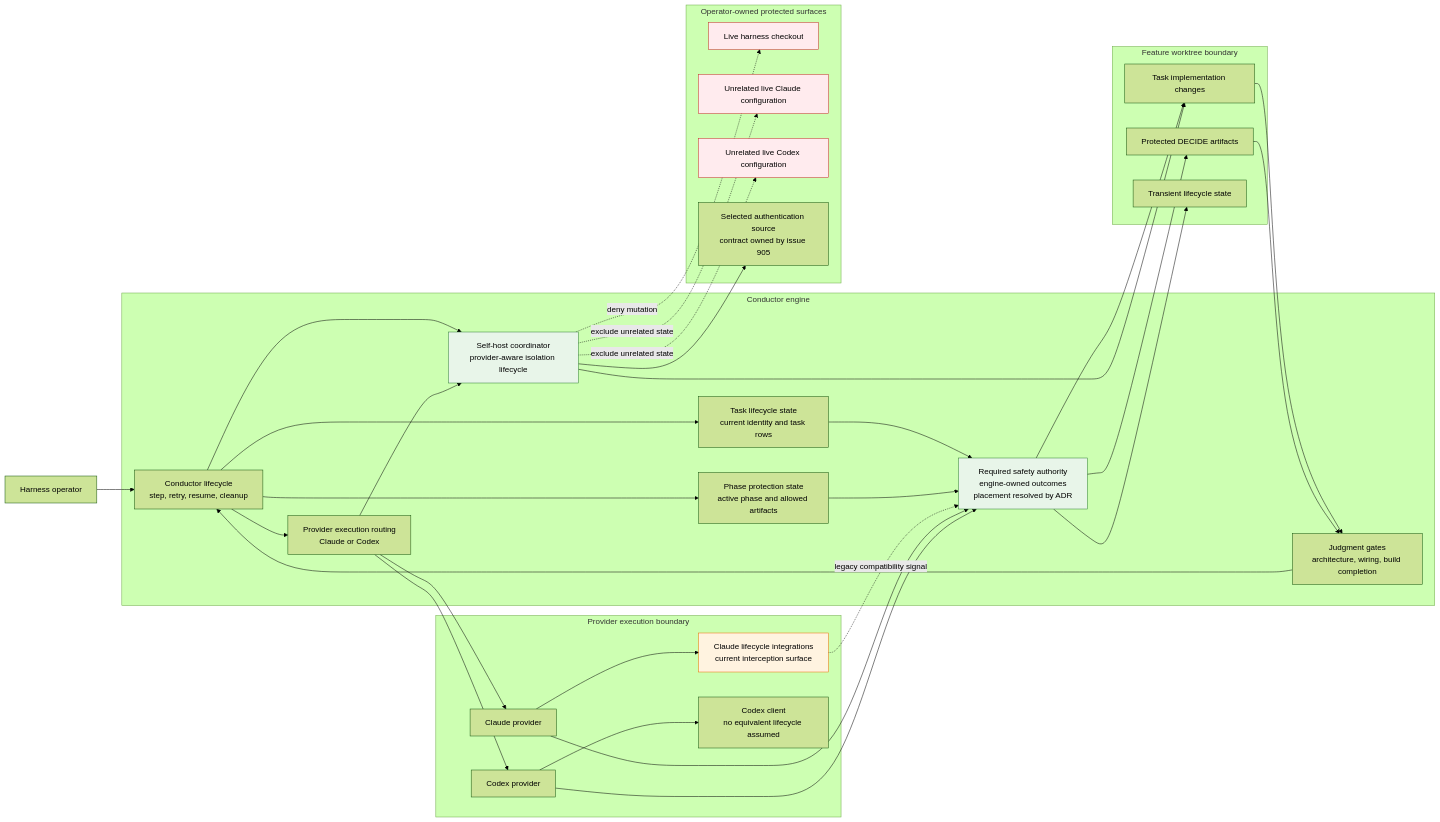
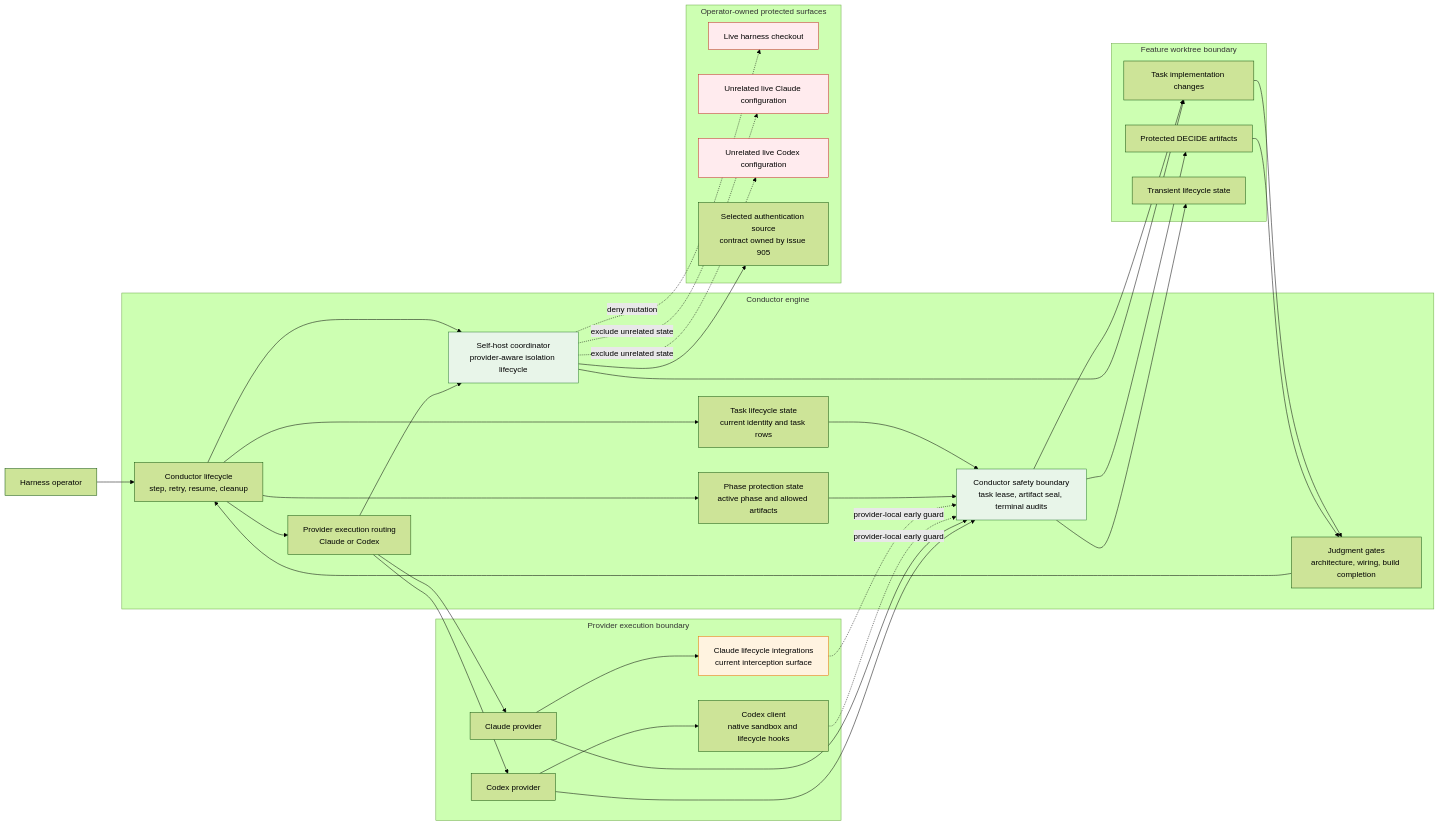
Before and after one commit to jstoup111/ai-conductor: the diagram in .docs/architecture/codex-safety-and-self-host-parity-907.md, drawn with Mermaid (forest theme). The commit also changed other lines of this file and 3 other files, not shown here.

Commit message:
docs: approve provider-neutral safety architecture

````diff
--- a/.docs/architecture/codex-safety-and-self-host-parity-907.md
+++ b/.docs/architecture/codex-safety-and-self-host-parity-907.md
@@ -10,68 +10,69 @@
 ```mermaid
 flowchart LR
     Operator["Harness operator"]
 
     subgraph Engine["Conductor engine"]
         Conductor["Conductor lifecycle<br/>step, retry, resume, cleanup"]
         Routing["Provider execution routing<br/>Claude or Codex"]
         TaskState["Task lifecycle state<br/>current identity and task rows"]
         PhaseState["Phase protection state<br/>active phase and allowed artifacts"]
-        Safety["Required safety authority<br/>engine-owned outcomes<br/>placement resolved by ADR"]
+        Safety["Conductor safety boundary<br/>task lease, artifact seal, terminal audits"]
         SelfHost["Self-host coordinator<br/>provider-aware isolation lifecycle"]
         Judgement["Judgment gates<br/>architecture, wiring, build completion"]
     end
 
     subgraph Providers["Provider execution boundary"]
         Claude["Claude provider"]
         ClaudeHooks["Claude lifecycle integrations<br/>current interception surface"]
         Codex["Codex provider"]
-        CodexClient["Codex client<br/>no equivalent lifecycle assumed"]
+        CodexClient["Codex client<br/>native sandbox and lifecycle hooks"]
     end
 
     subgraph Workspace["Feature worktree boundary"]
         Work["Task implementation changes"]
         Docs["Protected DECIDE artifacts"]
         State["Transient lifecycle state"]
     end
 
     subgraph Protected["Operator-owned protected surfaces"]
         Live["Live harness checkout"]
         ClaudeConfig["Unrelated live Claude configuration"]
         CodexConfig["Unrelated live Codex configuration"]
         Auth["Selected authentication source<br/>contract owned by issue 905"]
     end
 
     Operator --> Conductor
     Conductor --> Routing
     Conductor --> TaskState
     Conductor --> PhaseState
     TaskState --> Safety
     PhaseState --> Safety
     Routing --> Claude
     Routing --> Codex
     Claude --> ClaudeHooks
     Codex --> CodexClient
-    ClaudeHooks -. "legacy compatibility signal" .-> Safety
+    ClaudeHooks -. "provider-local early guard" .-> Safety
+    CodexClient -. "provider-local early guard" .-> Safety
     Claude --> Safety
     Codex --> Safety
     Safety --> Work
     Safety --> Docs
     Safety --> State
     Conductor --> SelfHost
     Routing --> SelfHost
     SelfHost --> Auth
     SelfHost --> Work
     SelfHost -. "deny mutation" .-> Live
     SelfHost -. "exclude unrelated state" .-> ClaudeConfig
     SelfHost -. "exclude unrelated state" .-> CodexConfig
     Work --> Judgement
     Docs --> Judgement
     Judgement --> Conductor
 
     classDef required fill:#e8f5e9,stroke:#2e7d32
     classDef current fill:#fff3e0,stroke:#ef6c00
     classDef protected fill:#ffebee,stroke:#c62828
     class Safety,SelfHost required
     class ClaudeHooks current
     class Live,ClaudeConfig,CodexConfig protected
 ```
````
